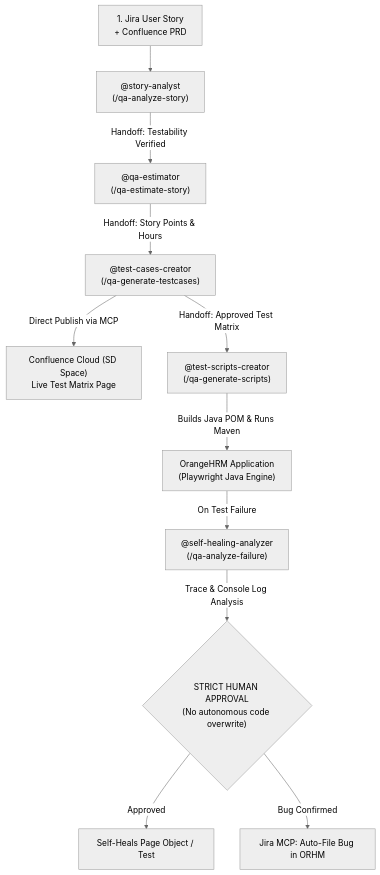
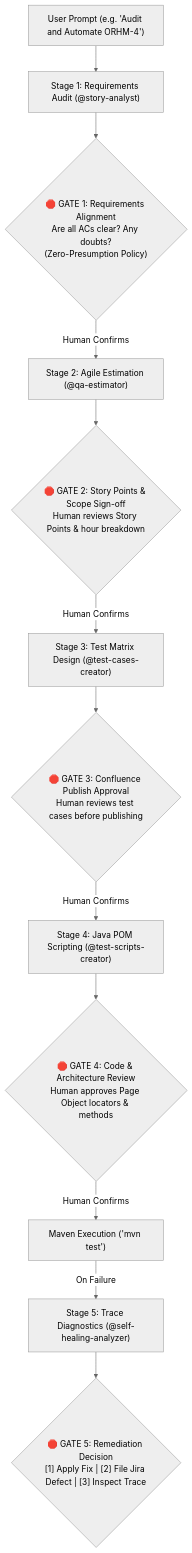
Before and after one commit to ravitamil/AgentsAutomation: the diagram in README.md, drawn with Mermaid (neutral theme). The commit also changed other lines of this file and 44 other files, not shown here.

First line of the commit message:
feat(skills): migrate legacy prompt files to Agent Plugins 1.0 Skills and audit repository

````diff
--- a/README.md
+++ b/README.md
@@ -88,13 +86,18 @@
 ```mermaid
 flowchart TD
-    Story["1. Jira User Story<br/>+ Confluence PRD"] --> A1["@story-analyst<br/>(/qa-analyze-story)"]
-    A1 -->|Handoff: Testability Verified| A2["@qa-estimator<br/>(/qa-estimate-story)"]
-    A2 -->|Handoff: Story Points & Hours| A3["@test-cases-creator<br/>(/qa-generate-testcases)"]
-    A3 -->|Direct Publish via MCP| Conf["Confluence Cloud (SD Space)<br/>Live Test Matrix Page"]
-    A3 -->|Handoff: Approved Test Matrix| A4["@test-scripts-creator<br/>(/qa-generate-scripts)"]
-    A4 -->|Builds Java POM & Runs Maven| LiveApp["OrangeHRM Application<br/>(Playwright Java Engine)"]
-    LiveApp -->|On Test Failure| A5["@self-healing-analyzer<br/>(/qa-analyze-failure)"]
-    A5 -->|Trace & Console Log Analysis| Gate{"STRICT HUMAN APPROVAL<br/>(No autonomous code overwrite)"}
-    Gate -->|Approved| Fix["Self-Heals Page Object / Test"]
-    Gate -->|Bug Confirmed| Jira["Jira MCP: Auto-File Bug in ORHM"]
+    User["User Prompt (e.g. 'Audit and Automate ORHM-4')"] --> S1["Stage 1: Requirements Audit (@story-analyst)"]
+    S1 --> G1{"🛑 GATE 1: Requirements Alignment<br/>Are all ACs clear? Any doubts?<br/>(Zero-Presumption Policy)"}
+    
+    G1 -->|Human Confirms| S2["Stage 2: Agile Estimation (@qa-estimator)"]
+    S2 --> G2{"🛑 GATE 2: Story Points & Scope Sign-off<br/>Human reviews Story Points & hour breakdown"}
+    
+    G2 -->|Human Confirms| S3["Stage 3: Test Matrix Design (@test-cases-creator)"]
+    S3 --> G3{"🛑 GATE 3: Confluence Publish Approval<br/>Human reviews test cases before publishing"}
+    
+    G3 -->|Human Confirms| S4["Stage 4: Java POM Scripting (@test-scripts-creator)"]
+    S4 --> G4{"🛑 GATE 4: Code & Architecture Review<br/>Human approves Page Object locators & methods"}
+    
+    G4 -->|Human Confirms| Maven["Maven Execution ('mvn test')"]
+    Maven -->|On Failure| S5["Stage 5: Trace Diagnostics (@self-healing-analyzer)"]
+    S5 --> G5{"🛑 GATE 5: Remediation Decision<br/>[1] Apply Fix | [2] File Jira Defect | [3] Inspect Trace"}
 ```
````
